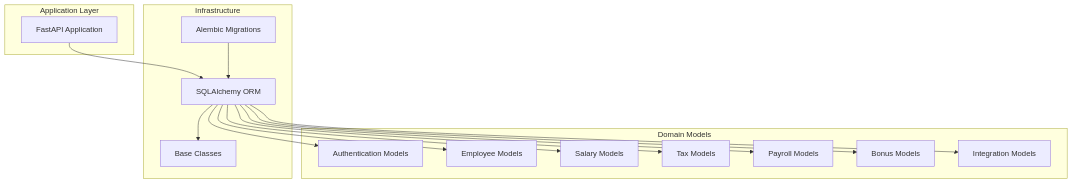
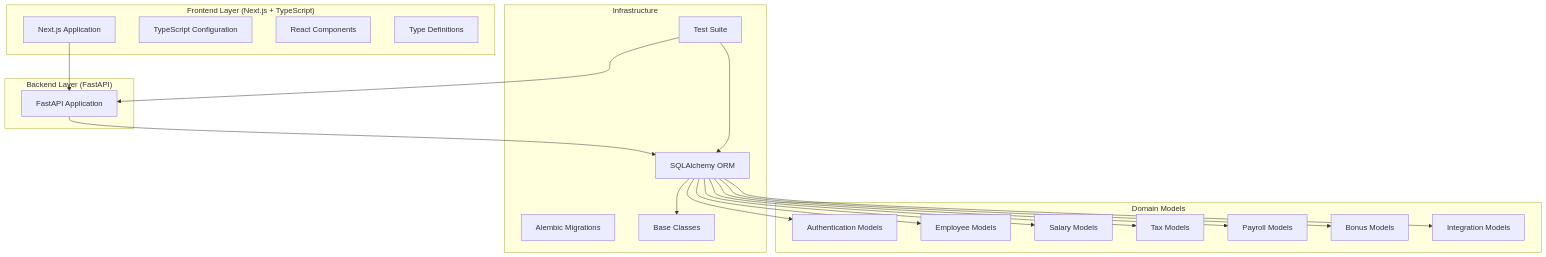
One commit to bikinaplikasipakeqoder-dot/payroll-hris changed the first of 7 diagrams in .qoder/repowiki/en/content/Development Guidelines.md. Above: the diagram before and after it, drawn with Mermaid. The commit also changed other lines of this file and 22 other files, not shown here.

````diff
--- a/.qoder/repowiki/en/content/Development Guidelines.md
+++ b/.qoder/repowiki/en/content/Development Guidelines.md
@@ -45,30 +59,39 @@
 ```mermaid
 graph TB
-subgraph "Application Layer"
+subgraph "Frontend Layer (Next.js + TypeScript)"
+NEXT[Next.js Application]
+TYPESCRIPT[TypeScript Configuration]
+COMPONENTS[React Components]
+TYPES[Type Definitions]
+end
+subgraph "Backend Layer (FastAPI)"
 API[FastAPI Application]
 end
 subgraph "Domain Models"
 AUTH[Authentication Models]
 EMPLOYEE[Employee Models]
 SALARY[Salary Models]
 TAX[Tax Models]
 PAYROLL[Payroll Models]
 BONUS[Bonus Models]
 INTEGRATION[Integration Models]
 end
 subgraph "Infrastructure"
 DB[SQLAlchemy ORM]
 ALEMBIC[Alembic Migrations]
 BASE[Base Classes]
+TESTS[Test Suite]
 end
+NEXT --> API
 API --> DB
 DB --> BASE
 DB --> AUTH
 DB --> EMPLOYEE
 DB --> SALARY
 DB --> TAX
 DB --> PAYROLL
 DB --> BONUS
 DB --> INTEGRATION
-ALEMBIC --> DB
+TESTS --> API
+TESTS --> DB
 ```
````
